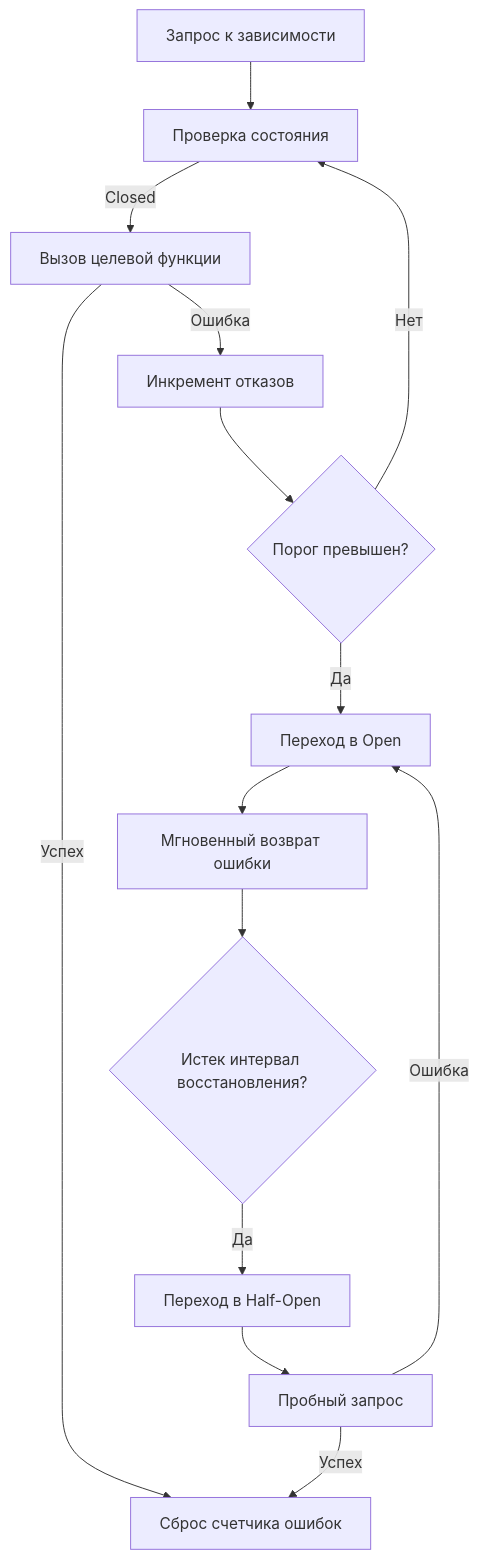
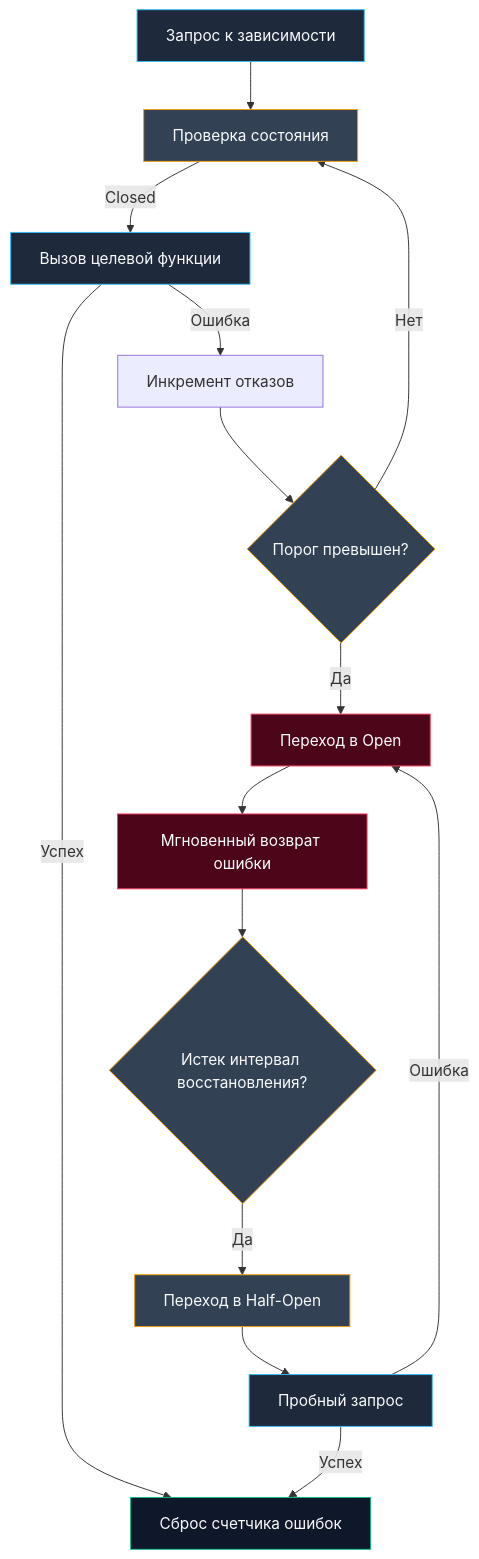
Before and after one commit to UnrealTemplier/go-textbook: the diagram in sources/9. Бэкенд на Go (Практика разработки)/30. Circuit breaker.md, drawn with Mermaid. The commit also changed other lines of this file, not shown here.

````diff
--- a/sources/9. Бэкенд на Go (Практика разработки)/30. Circuit breaker.md
+++ b/sources/9. Бэкенд на Go (Практика разработки)/30. Circuit breaker.md
@@ -14,16 +19,26 @@
 ```mermaid
 flowchart TD
     A["Запрос к зависимости"] --> B["Проверка состояния"]
     B -->|Closed| C["Вызов целевой функции"]
     C -->|Успех| D["Сброс счетчика ошибок"]
     C -->|Ошибка| E["Инкремент отказов"]
     E --> F{"Порог превышен?"}
     F -->|Нет| B
     F -->|Да| G["Переход в Open"]
     G --> H["Мгновенный возврат ошибки"]
     H --> I{"Истек интервал восстановления?"}
     I -->|Да| J["Переход в Half-Open"]
     J --> K["Пробный запрос"]
     K -->|Успех| D
     K -->|Ошибка| G
+
+    classDef normal fill:#1e293b,stroke:#38bdf8,color:#f8fafc;
+    classDef decision fill:#334155,stroke:#f59e0b,color:#f8fafc;
+    classDef closed fill:#0f172a,stroke:#10b981,color:#f8fafc;
+    classDef open fill:#4c0519,stroke:#f43f5e,color:#ffffff;
+    class A,C,D,K normal;
+    class B,F,I decision;
+    class D closed;
+    class G,H open;
+    class J decision;
 ```
````
